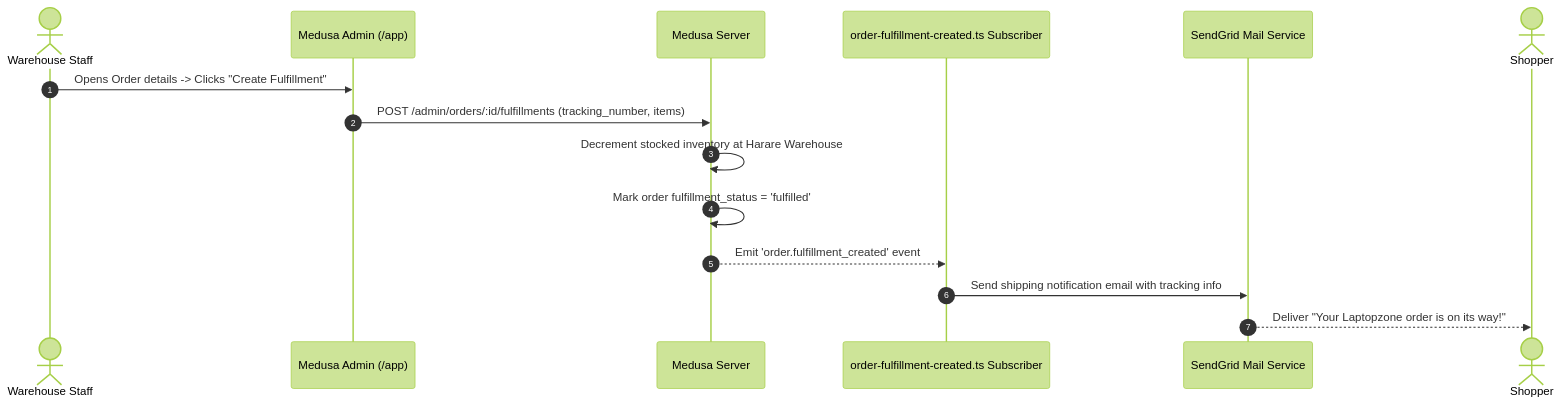
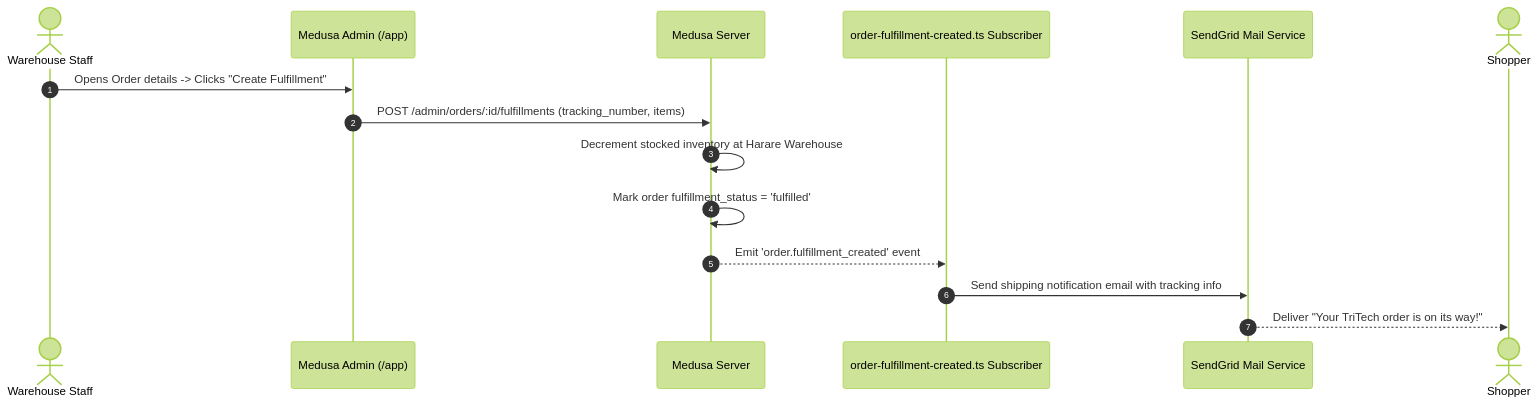
One commit to dzapengagodwin/TriSolar changed the fifth of 5 diagrams in docs/data-flows/data-flows.md. Above: the diagram before and after it, drawn with Mermaid (forest theme). The commit also changed other lines of this file and 137 other files, not shown here.

````diff
--- a/docs/data-flows/data-flows.md
+++ b/docs/data-flows/data-flows.md
@@ -123,18 +123,18 @@
 ```mermaid
 sequenceDiagram
     autonumber
     actor Admin as Warehouse Staff
     participant AdminUI as Medusa Admin (/app)
     participant Medusa as Medusa Server
     participant FulfillmentSub as order-fulfillment-created.ts Subscriber
     participant SendGrid as SendGrid Mail Service
     actor Customer as Shopper
 
     Admin->>AdminUI: Opens Order details -> Clicks "Create Fulfillment"
     AdminUI->>Medusa: POST /admin/orders/:id/fulfillments (tracking_number, items)
     Medusa->>Medusa: Decrement stocked inventory at Harare Warehouse
     Medusa->>Medusa: Mark order fulfillment_status = 'fulfilled'
     Medusa-->>FulfillmentSub: Emit 'order.fulfillment_created' event
     FulfillmentSub->>SendGrid: Send shipping notification email with tracking info
-    SendGrid-->>Customer: Deliver "Your Laptopzone order is on its way!"
+    SendGrid-->>Customer: Deliver "Your TriTech order is on its way!"
 ```
````
